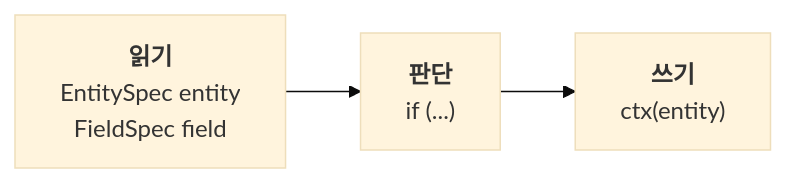
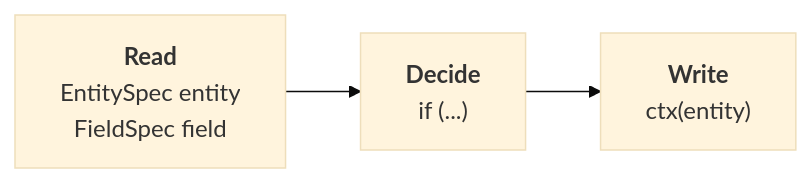
The fourth of 5 diagrams in elasticore-project/elasticore-base/src/main/resources/elasticore-guide/elasticore-rule-dev-guide.md (xsko/ElastiCORE), drawn with Mermaid (base theme) before and after one commit. The commit also changed other lines of this file and 34 other files, not shown here.

````diff
--- a/elasticore-project/elasticore-base/src/main/resources/elasticore-guide/elasticore-rule-dev-guide.md
+++ b/elasticore-project/elasticore-base/src/main/resources/elasticore-guide/elasticore-rule-dev-guide.md
@@ -91,4 +91,4 @@
 ```mermaid
 flowchart LR
-    A["<b>읽기</b><br/>EntitySpec entity<br/>FieldSpec field"] --> B["<b>판단</b><br/>if (...)"] --> C["<b>쓰기</b><br/>ctx(entity)"]
+    A["<b>Read</b><br/>EntitySpec entity<br/>FieldSpec field"] --> B["<b>Decide</b><br/>if (...)"] --> C["<b>Write</b><br/>ctx(entity)"]
 ```
````
